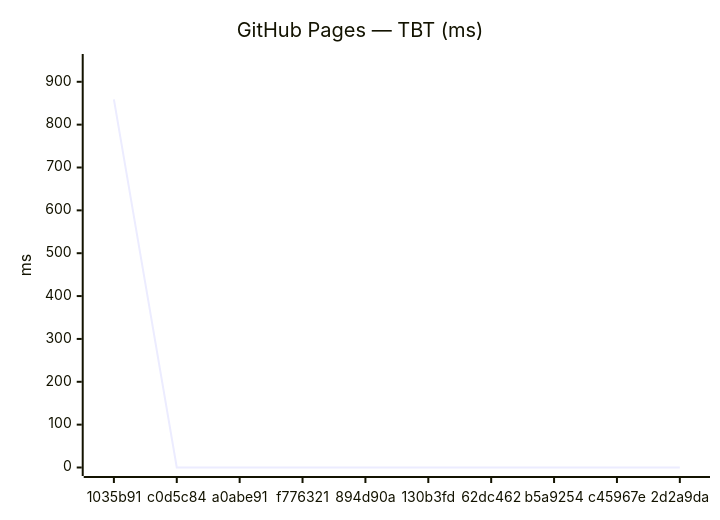
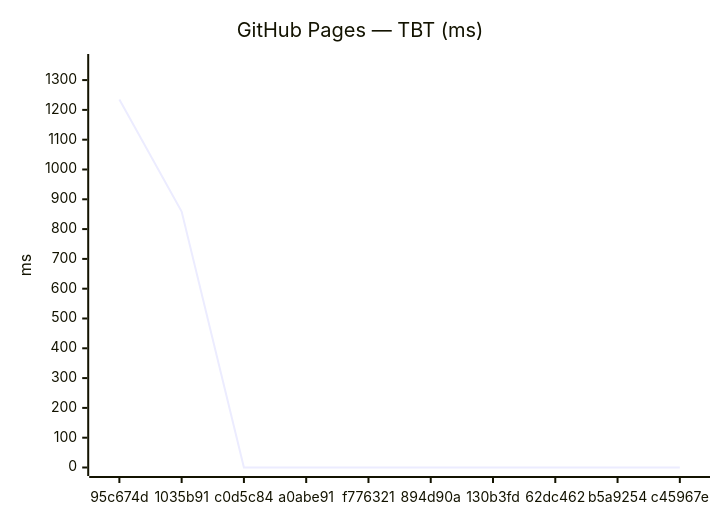
The fourth of 18 diagrams in benchmarks/compare.md (Metaheurist/Rianell), drawn with Mermaid before and after one commit. The commit also changed other lines of this file and 11 other files, not shown here.

````diff
--- a/benchmarks/compare.md
+++ b/benchmarks/compare.md
@@ -61,7 +61,7 @@
 ```mermaid
 xychart-beta
     title "GitHub Pages — TBT (ms)"
-    x-axis ["1035b91", "c0d5c84", "a0abe91", "f776321", "894d90a", "130b3fd", "62dc462", "b5a9254", "c45967e", "2d2a9da"]
-    y-axis "ms" 0 --> 945
-    line [859, 0, 0, 0, 0, 0, 0, 0, 0, 0]
+    x-axis ["95c674d", "1035b91", "c0d5c84", "a0abe91", "f776321", "894d90a", "130b3fd", "62dc462", "b5a9254", "c45967e"]
+    y-axis "ms" 0 --> 1359
+    line [1235, 859, 0, 0, 0, 0, 0, 0, 0, 0]
 ```
````
